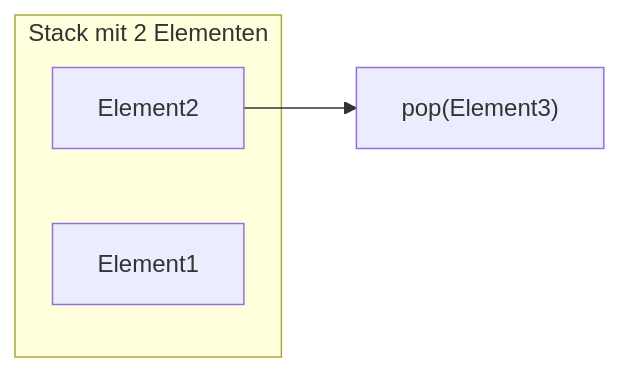
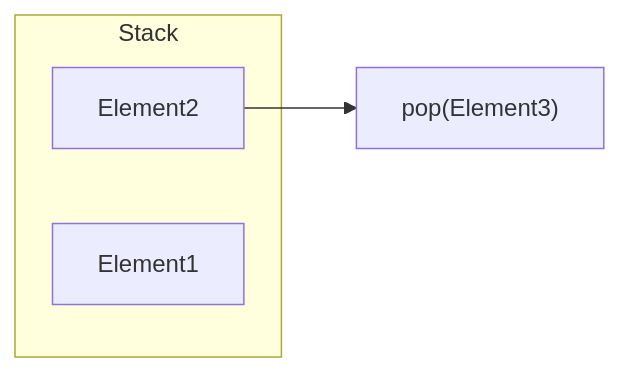
Before and after one commit to stefanmaeder/assembler: the diagram in slides/02_stack-2c.md, drawn with Mermaid. The commit also changed other lines of this file, not shown here.

````diff
--- a/slides/02_stack-2c.md
+++ b/slides/02_stack-2c.md
@@ -1,11 +3,11 @@
 ```mermaid
 flowchart LR
     pop["pop(Element3)"]
     
-    subgraph "Stack mit 2 Elementen"
+    subgraph Stack
         B["Element2"]
         A["Element1"]
     end
     
     B --> pop
 ```
````
